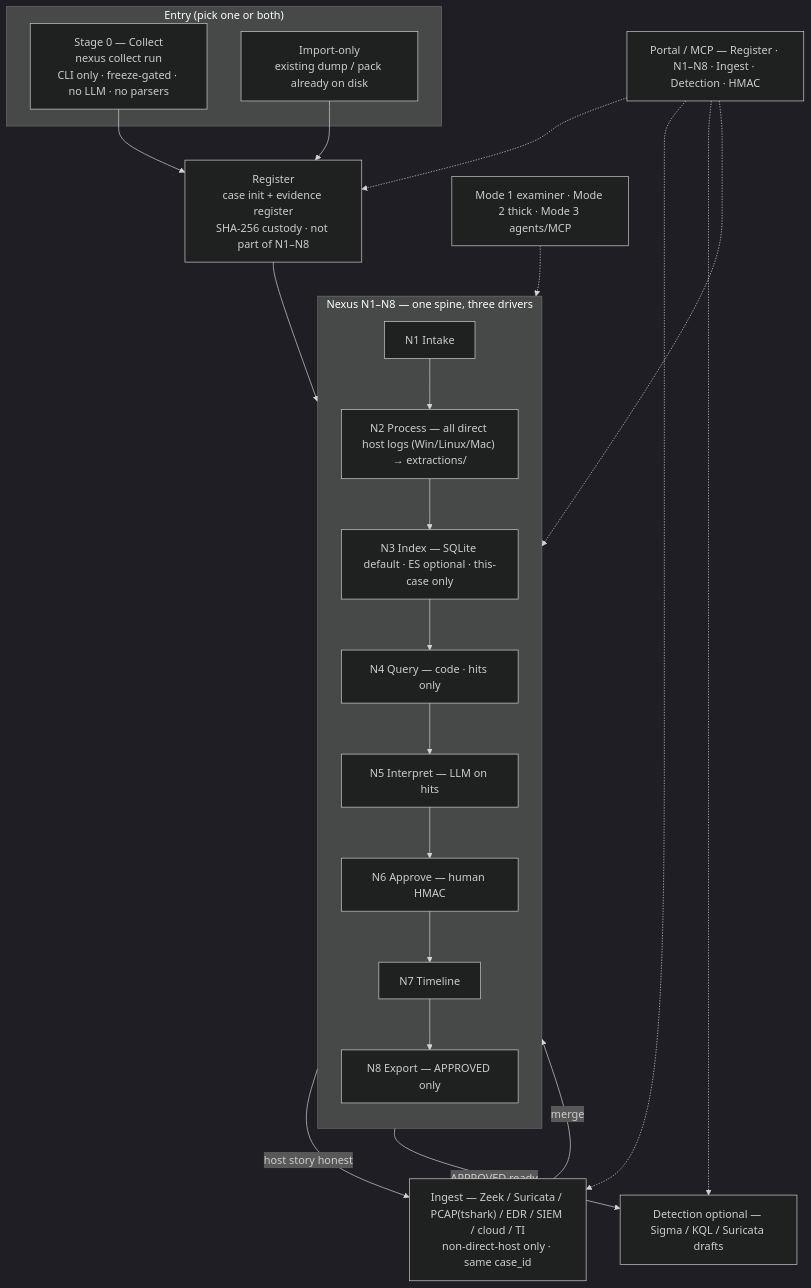
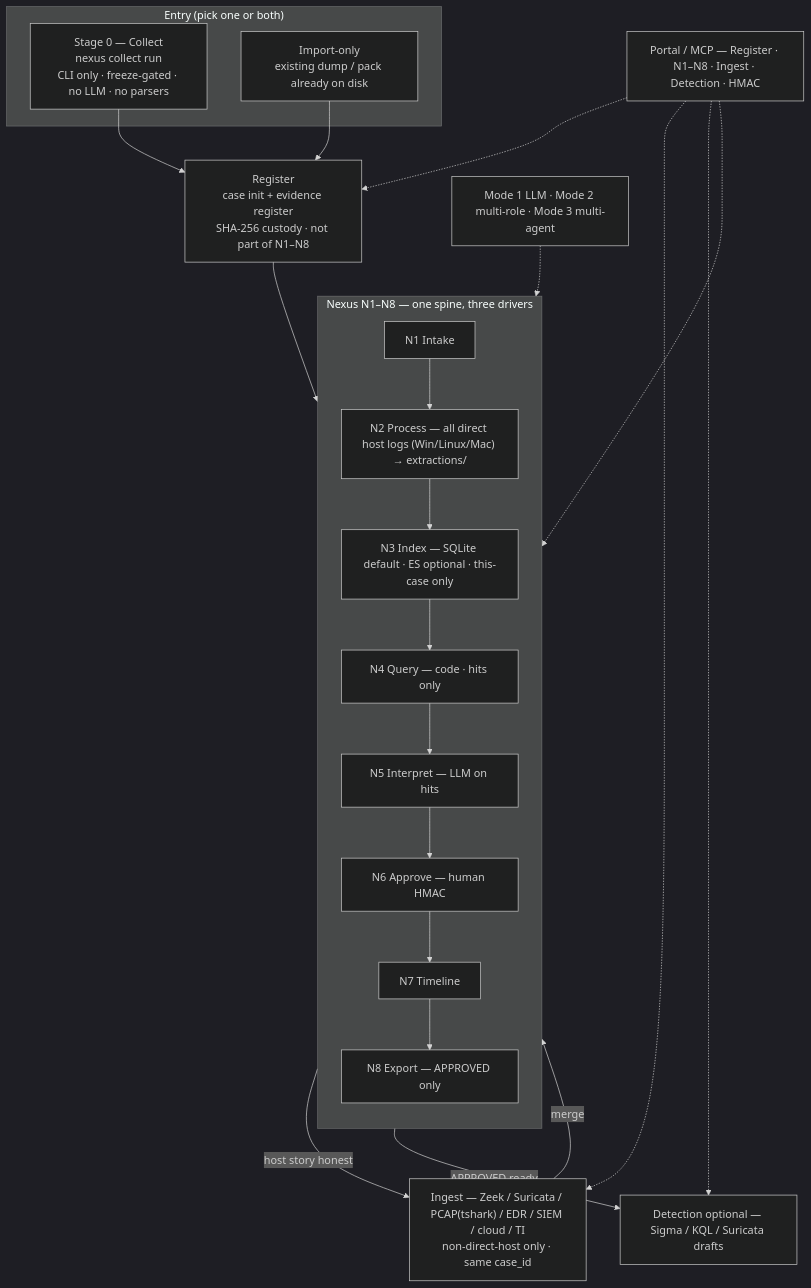
The first of 2 diagrams in Docs/ARCHITECTURE.md (Ganron007/DFIR-Nexus), drawn with Mermaid (dark theme) before and after one commit. The commit also changed other lines of this file and 5 other files, not shown here.

````diff
--- a/Docs/ARCHITECTURE.md
+++ b/Docs/ARCHITECTURE.md
@@ -22,44 +22,44 @@
 ```mermaid
 flowchart TB
   subgraph ENTRY["Entry (pick one or both)"]
     S0["Stage 0 — Collect<br/>nexus collect run<br/>CLI only · freeze-gated · no LLM · no parsers"]
     IMP["Import-only<br/>existing dump / pack already on disk"]
   end
 
   REG["Register<br/>case init + evidence register<br/>SHA-256 custody · not part of N1–N8"]
 
   S0 --> REG
   IMP --> REG
 
   subgraph NEXUS["Nexus N1–N8 — one spine, three drivers"]
     direction TB
     N1["N1 Intake"]
     N2["N2 Process — all direct host logs (Win/Linux/Mac) → extractions/"]
     N3["N3 Index — SQLite default · ES optional · this-case only"]
     N4["N4 Query — code · hits only"]
     N5["N5 Interpret — LLM on hits"]
     N6["N6 Approve — human HMAC"]
     N7["N7 Timeline"]
     N8["N8 Export — APPROVED only"]
 
     N1 --> N2 --> N3 --> N4 --> N5 --> N6 --> N7 --> N8
   end
 
   REG --> N1
 
-  MODE["Mode 1 examiner · Mode 2 thick · Mode 3 agents/MCP"]
+  MODE["Mode 1 LLM · Mode 2 multi-role · Mode 3 multi-agent"]
   MODE -.-> NEXUS
 
   ING["Ingest — Zeek / Suricata / PCAP(tshark) / EDR / SIEM / cloud / TI<br/>non-direct-host only · same case_id"]
   N8 -->|"host story honest"| ING
   ING -->|"merge"| N4
 
   DET["Detection optional — Sigma / KQL / Suricata drafts"]
   N8 -->|"APPROVED ready"| DET
 
   UI["Portal / MCP — Register · N1–N8 · Ingest · Detection · HMAC"]
   UI -.-> REG
   UI -.-> NEXUS
   UI -.-> ING
   UI -.-> DET
 ```
````
